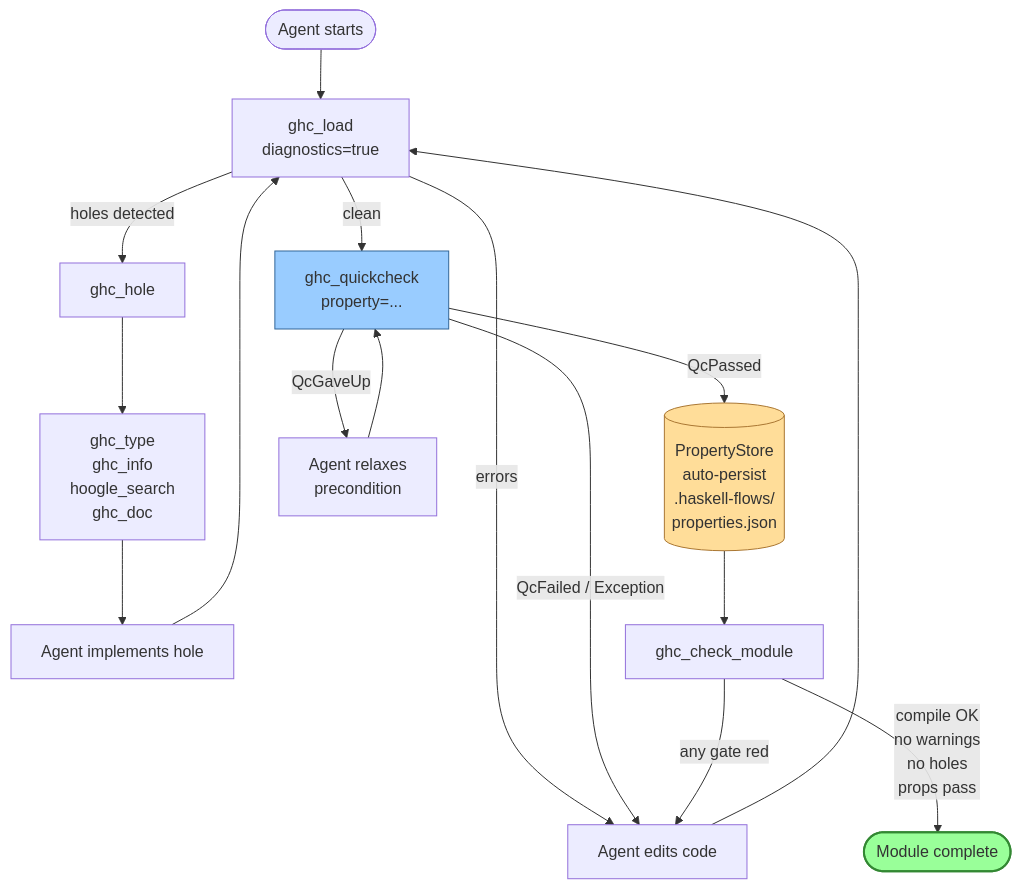
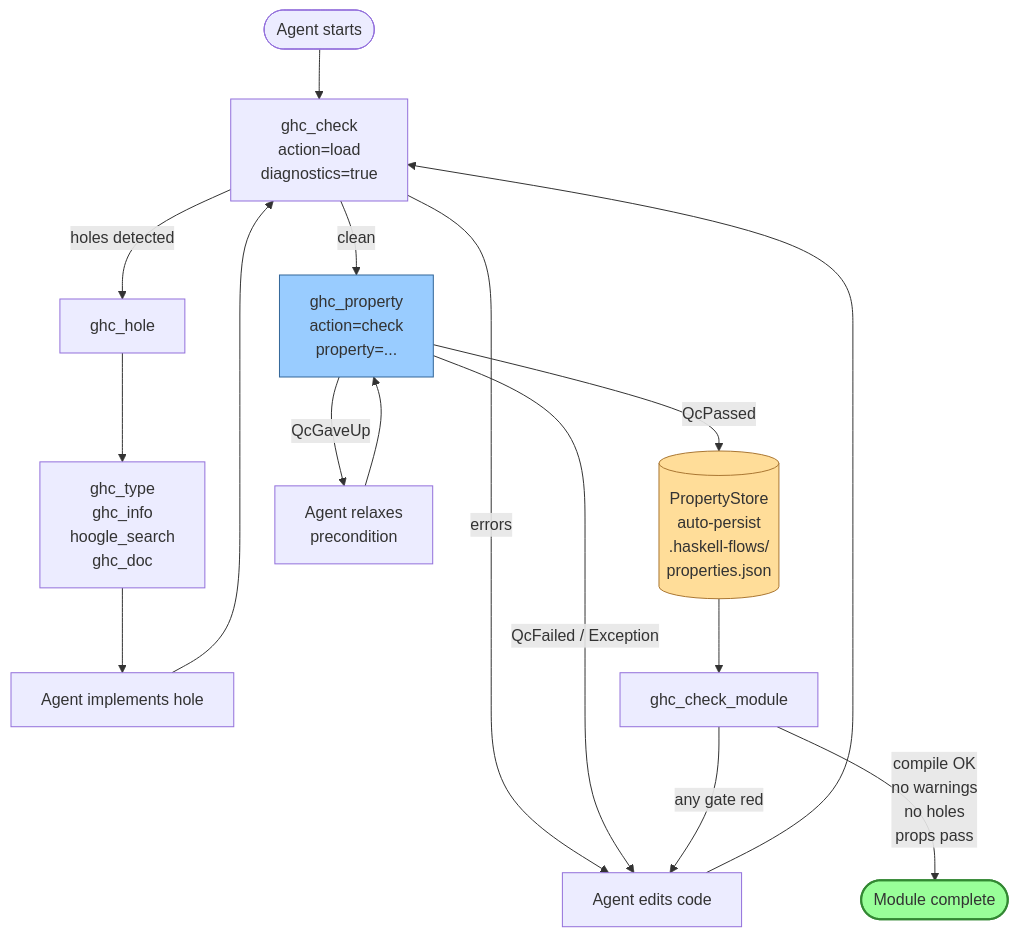
Before and after one commit to damian-rafael-lattenero/haskell-rules-and-mcp: the first of 5 diagrams in docs/flows.md, drawn with Mermaid. The commit also changed other lines of this file and 29 other files, not shown here.

````diff
--- a/docs/flows.md
+++ b/docs/flows.md
@@ -25,26 +25,26 @@
 ```mermaid
 flowchart TD
-    start([Agent starts]) --> load[ghc_load<br/>diagnostics=true]
+    start([Agent starts]) --> load[ghc_check<br/>action=load<br/>diagnostics=true]
     load -->|errors| fix[Agent edits code]
     load -->|holes detected| hole[ghc_hole]
     load -->|clean| qc
 
     hole --> explore[ghc_type<br/>ghc_info<br/>hoogle_search<br/>ghc_doc]
     explore --> impl[Agent implements hole]
     impl --> load
 
-    qc[ghc_quickcheck<br/>property=...] -->|QcPassed| persist[(PropertyStore<br/>auto-persist<br/>.haskell-flows/<br/>properties.json)]
+    qc[ghc_property<br/>action=check<br/>property=...] -->|QcPassed| persist[(PropertyStore<br/>auto-persist<br/>.haskell-flows/<br/>properties.json)]
     qc -->|QcFailed / Exception| fix
     qc -->|QcGaveUp| relax[Agent relaxes<br/>precondition]
     relax --> qc
 
     persist --> check[ghc_check_module]
     check -->|compile OK<br/>no warnings<br/>no holes<br/>props pass| done([Module complete])
     check -->|any gate red| fix
 
     fix --> load
 
     style done fill:#9f9,stroke:#383,stroke-width:2px
     style persist fill:#fd9,stroke:#a73
     style qc fill:#9cf,stroke:#369
 ```
````
